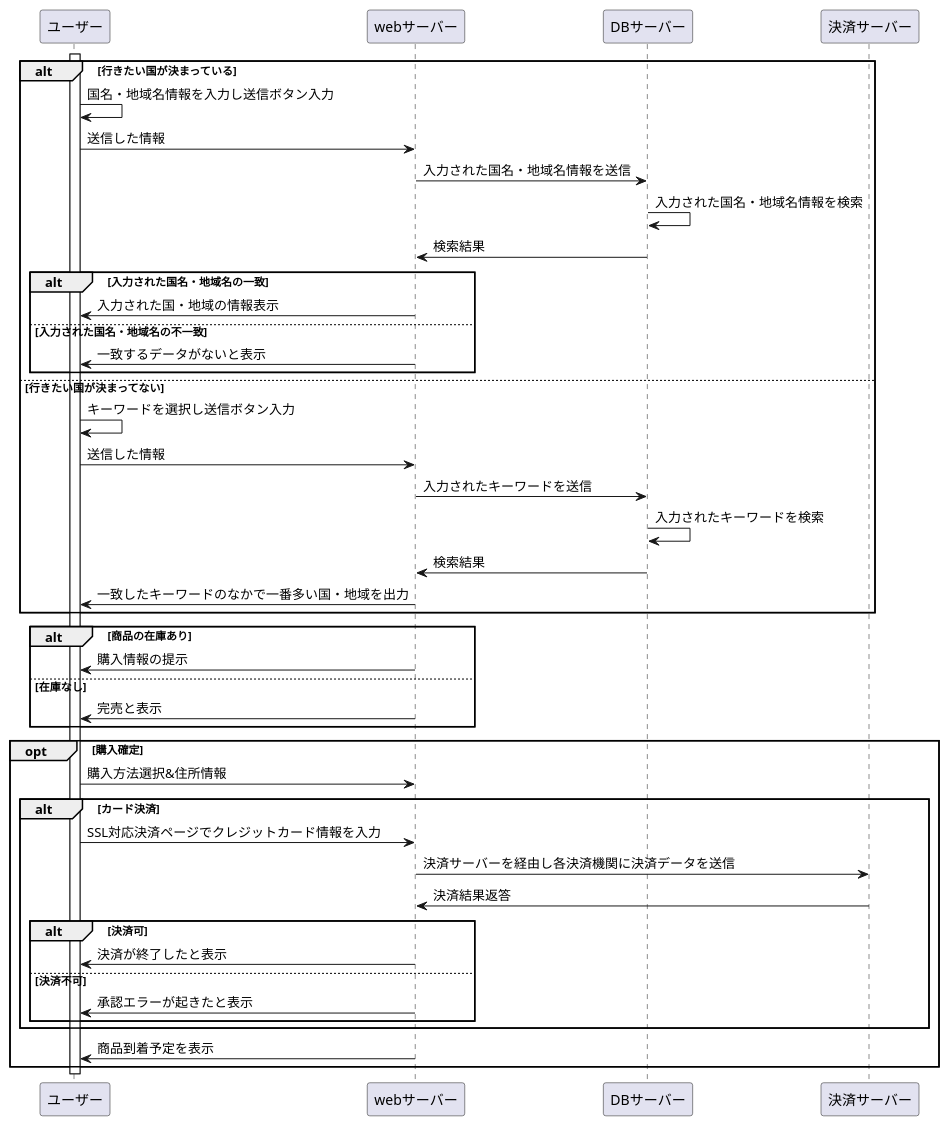
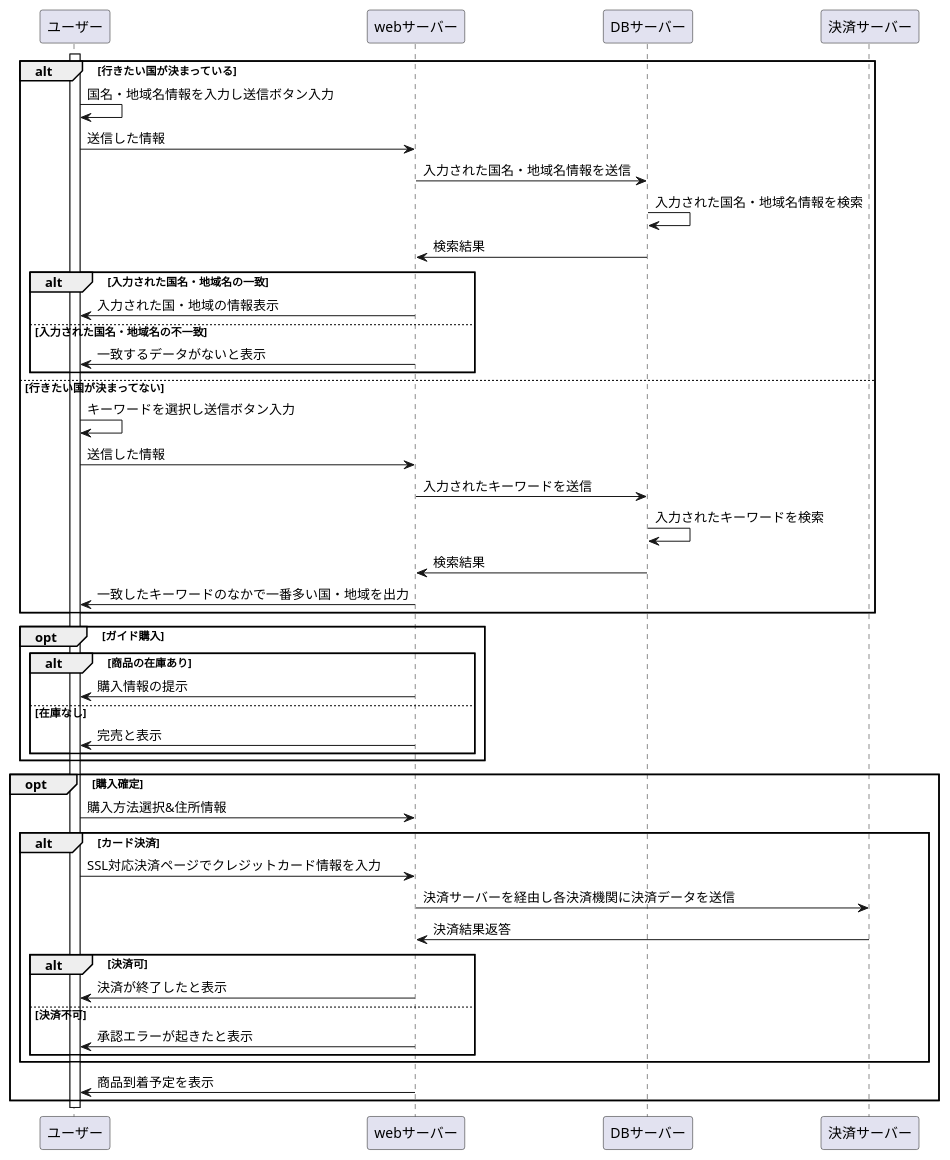
One commit to Aso2001195/2021sys-design changed the diagram in kadai6.md. Above: the diagram before and after it, drawn with PlantUML.

````diff
--- a/kadai6.md
+++ b/kadai6.md
@@ -1,46 +1,48 @@
 ```uml
 @startuml
 activate ユーザー
 alt 行きたい国が決まっている
 ユーザー->ユーザー:国名・地域名情報を入力し送信ボタン入力
 ユーザー->webサーバー:送信した情報
 webサーバー->DBサーバー:入力された国名・地域名情報を送信
 DBサーバー->DBサーバー:入力された国名・地域名情報を検索
 DBサーバー->webサーバー:検索結果
 alt 入力された国名・地域名の一致
 webサーバー->ユーザー:入力された国・地域の情報表示
 else 入力された国名・地域名の不一致
 webサーバー->ユーザー:一致するデータがないと表示
 end
 else 行きたい国が決まってない
 ユーザー->ユーザー:キーワードを選択し送信ボタン入力
 ユーザー->webサーバー:送信した情報
 webサーバー->DBサーバー:入力されたキーワードを送信
 DBサーバー->DBサーバー:入力されたキーワードを検索
 DBサーバー->webサーバー:検索結果
 webサーバー->ユーザー:一致したキーワードのなかで一番多い国・地域を出力
 end
 
+opt ガイド購入
 alt 商品の在庫あり
 webサーバー->ユーザー:購入情報の提示
 else 在庫なし
 webサーバー->ユーザー:完売と表示
 end 
+end
 
 opt 購入確定
 ユーザー->webサーバー:購入方法選択&住所情報
   alt カード決済
   ユーザー->webサーバー:SSL対応決済ページでクレジットカード情報を入力
   webサーバー->決済サーバー:決済サーバーを経由し各決済機関に決済データを送信
   決済サーバー->webサーバー:決済結果返答
   alt 決済可
   webサーバー->ユーザー:決済が終了したと表示
   else 決済不可
   webサーバー->ユーザー:承認エラーが起きたと表示
   end
   end
   webサーバー->ユーザー:商品到着予定を表示
   end
 deactivate ユーザー
 @enduml
 ```
````
